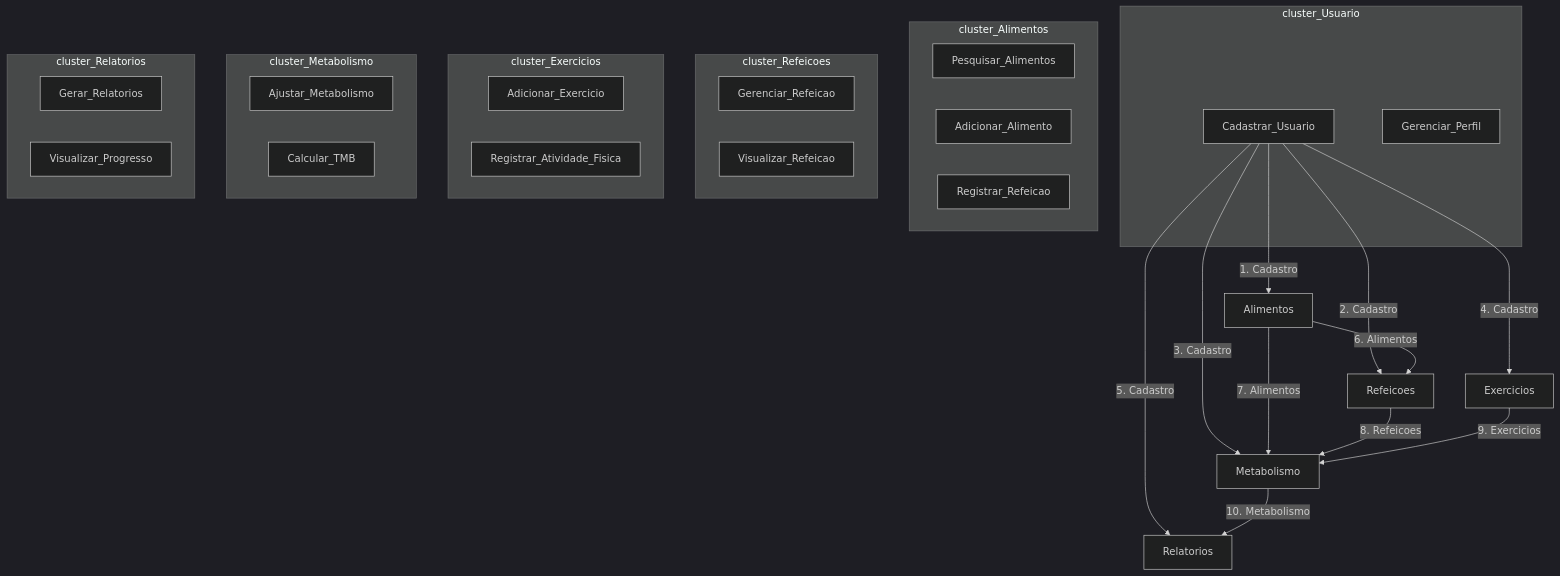
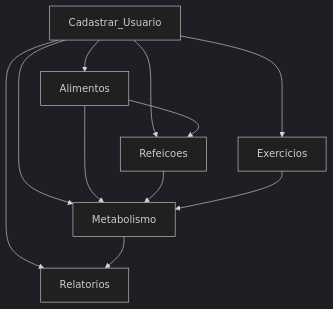
One commit to nogran/app.dietas.api changed the diagram in README.md. Above: the diagram before and after it, drawn with Mermaid (dark theme).

````diff
--- a/README.md
+++ b/README.md
@@ -74,50 +74,19 @@
 ```mermaid
 graph TD
 
-subgraph cluster_Usuario
-  Cadastrar_Usuario
-  Gerenciar_Perfil
-end
+Cadastrar_Usuario --> Alimentos
+Cadastrar_Usuario --> Refeicoes
+Cadastrar_Usuario --> Metabolismo
+Cadastrar_Usuario --> Exercicios
+Cadastrar_Usuario --> Relatorios
 
-subgraph cluster_Alimentos
-  Pesquisar_Alimentos
-  Adicionar_Alimento
-  Registrar_Refeicao
-end
+Alimentos --> Refeicoes
+Alimentos --> Metabolismo
 
-subgraph cluster_Refeicoes
-  Gerenciar_Refeicao
-  Visualizar_Refeicao
-end
+Refeicoes --> Metabolismo
 
-subgraph cluster_Exercicios
-  Adicionar_Exercicio
-  Registrar_Atividade_Fisica
-end
+Exercicios --> Metabolismo
 
-subgraph cluster_Metabolismo
-  Ajustar_Metabolismo
-  Calcular_TMB
-end
-
-subgraph cluster_Relatorios
-  Gerar_Relatorios
-  Visualizar_Progresso
-end
-
-Cadastrar_Usuario --> |1. Cadastro| Alimentos
-Cadastrar_Usuario --> |2. Cadastro| Refeicoes
-Cadastrar_Usuario --> |3. Cadastro| Metabolismo
-Cadastrar_Usuario --> |4. Cadastro| Exercicios
-Cadastrar_Usuario --> |5. Cadastro| Relatorios
-
-Alimentos --> |6. Alimentos| Refeicoes
-Alimentos --> |7. Alimentos| Metabolismo
-
-Refeicoes --> |8. Refeicoes| Metabolismo
-
-Exercicios --> |9. Exercicios| Metabolismo
-
-Metabolismo --> |10. Metabolismo| Relatorios
+Metabolismo --> Relatorios
 
 ```
````
